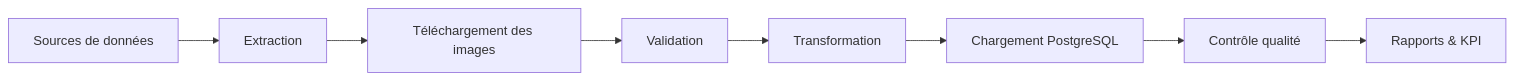
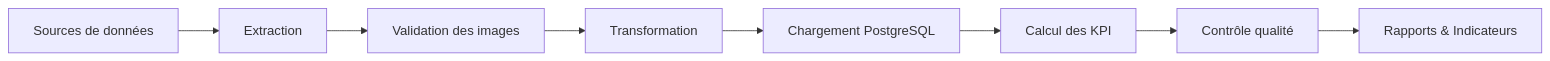
The second of 2 diagrams in docs/06_dag/index.md (gonzalezcourrier34-glitch/checkit_ai), drawn with Mermaid before and after one commit. The commit also changed other lines of this file and 51 other files, not shown here.

````diff
--- a/docs/06_dag/index.md
+++ b/docs/06_dag/index.md
@@ -168,19 +225,19 @@
 ```mermaid
 flowchart LR
 
 A[Sources de données]
 
 A --> B[Extraction]
 
-B --> C[Téléchargement des images]
+B --> C[Validation des images]
 
-C --> D[Validation]
+C --> D[Transformation]
 
-D --> E[Transformation]
+D --> E[Chargement PostgreSQL]
 
-E --> F[Chargement PostgreSQL]
+E --> F[Calcul des KPI]
 
 F --> G[Contrôle qualité]
 
-G --> H[Rapports & KPI]
+G --> H[Rapports & Indicateurs]
 ```
````
